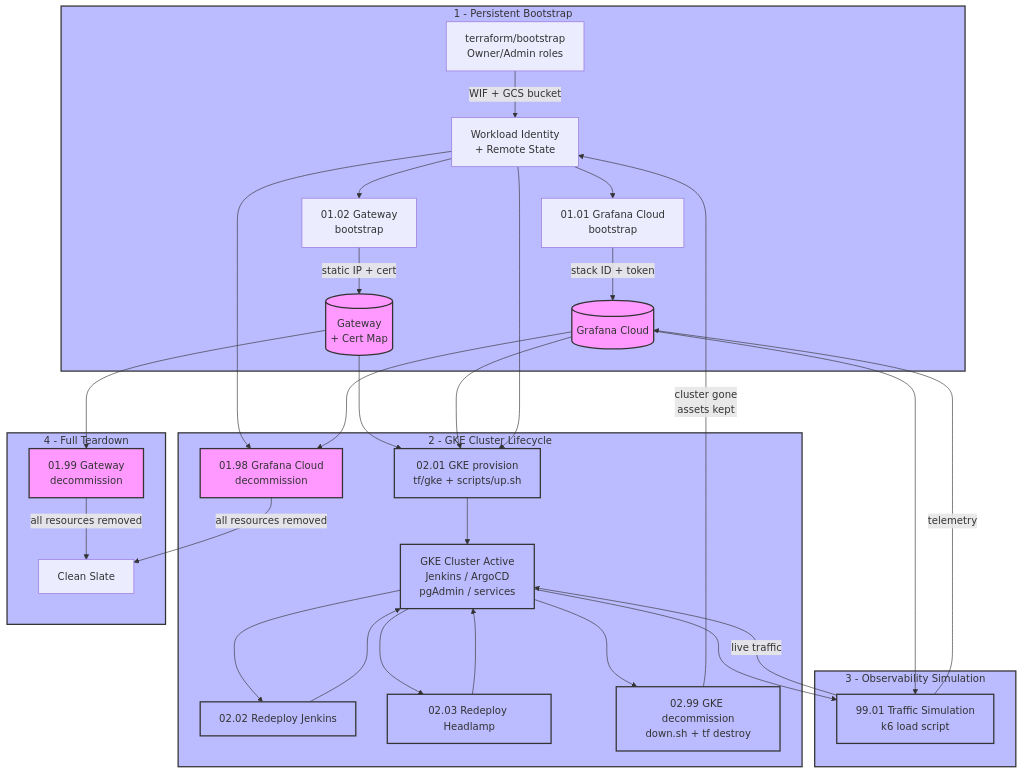
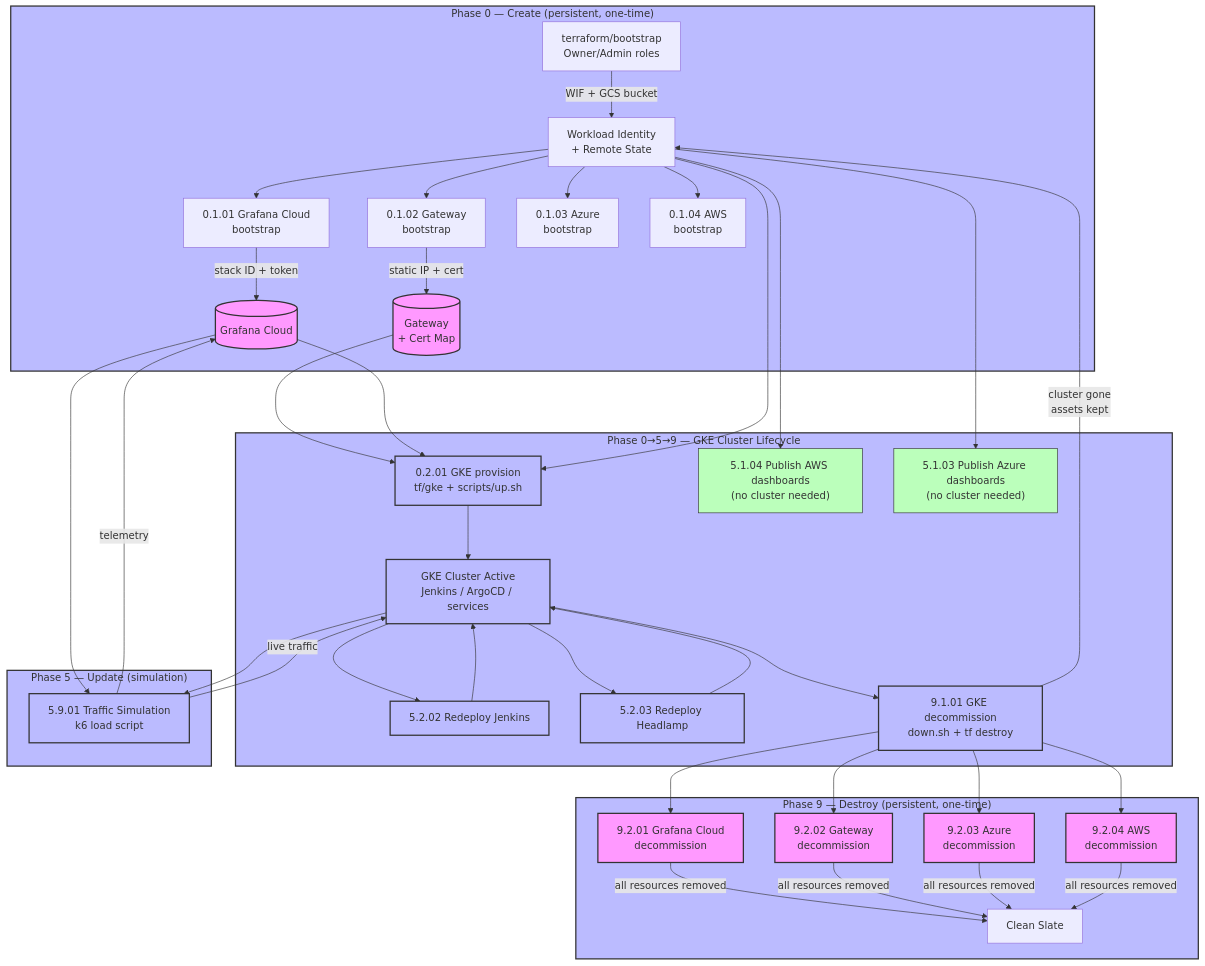
One commit to nubenetes/jenkins-2026 changed diagram 14 of 16 in README.md. Above: the diagram before and after it, drawn with Mermaid. The commit also changed other lines of this file and 17 other files, not shown here.

First line of the commit message:
refactor(ci): redesign workflow naming CC.NN → Y.X.ZZ + publish-azure-dashboards

````diff
--- a/README.md
+++ b/README.md
@@ -2307,39 +2419,45 @@
 ```mermaid
 graph TD
-    subgraph Bootstrapping ["1 - Persistent Bootstrap"]
+    subgraph Bootstrapping ["Phase 0 — Create (persistent, one-time)"]
         A["terraform/bootstrap<br>Owner/Admin roles"] -->|"WIF + GCS bucket"| B["Workload Identity<br>+ Remote State"]
-        B --> C["01.01 Grafana Cloud<br>bootstrap"]
-        B --> D["01.02 Gateway<br>bootstrap"]
+        B --> C["0.1.01 Grafana Cloud<br>bootstrap"]
+        B --> D["0.1.02 Gateway<br>bootstrap"]
+        B --> C2["0.1.03 Azure<br>bootstrap"]
+        B --> C3["0.1.04 AWS<br>bootstrap"]
         C -->|"stack ID + token"| E[("Grafana Cloud")]
         D -->|"static IP + cert"| F[("Gateway<br>+ Cert Map")]
     end
 
-    subgraph GKE_Lifecycle ["2 - GKE Cluster Lifecycle"]
-        F & E & B --> G["02.01 GKE provision<br>tf/gke + scripts/up.sh"]
-        G --> H["GKE Cluster Active<br>Jenkins / ArgoCD<br>pgAdmin / services"]
-        H --> I["02.02 Redeploy Jenkins"]
-        H --> J["02.03 Redeploy Headlamp"]
-        B --> L["02.04 Publish AWS dashboards<br>(no cluster needed)"]
+    subgraph GKE_Lifecycle ["Phase 0→5→9 — GKE Cluster Lifecycle"]
+        F & E & B --> G["0.2.01 GKE provision<br>tf/gke + scripts/up.sh"]
+        G --> H["GKE Cluster Active<br>Jenkins / ArgoCD / services"]
+        H --> I["5.2.02 Redeploy Jenkins"]
+        H --> J["5.2.03 Redeploy Headlamp"]
+        B --> L2["5.1.04 Publish AWS dashboards<br>(no cluster needed)"]
+        B --> M2["5.1.03 Publish Azure dashboards<br>(no cluster needed)"]
         I & J --> H
-        H --> K["02.99 GKE decommission<br>down.sh + tf destroy"]
+        H --> K["9.1.01 GKE decommission<br>down.sh + tf destroy"]
         K -->|"cluster gone<br>assets kept"| B
     end
 
-    subgraph Simulation ["3 - Observability Simulation"]
-        H & E --> O["99.01 Traffic Simulation<br>k6 load script"]
+    subgraph Simulation ["Phase 5 — Update (simulation)"]
+        H & E --> O["5.9.01 Traffic Simulation<br>k6 load script"]
         O -->|"live traffic"| H
         O -->|"telemetry"| E
     end
 
-    subgraph Persistent_Teardown ["4 - Full Teardown"]
-        E --> L["01.98 Grafana Cloud<br>decommission"]
-        F --> M["01.99 Gateway<br>decommission"]
-        L & M -->|"all resources removed"| N["Clean Slate"]
+    subgraph Persistent_Teardown ["Phase 9 — Destroy (persistent, one-time)"]
+        K --> P1["9.2.01 Grafana Cloud<br>decommission"]
+        K --> P2["9.2.02 Gateway<br>decommission"]
+        K --> P3["9.2.03 Azure<br>decommission"]
+        K --> P4["9.2.04 AWS<br>decommission"]
+        P1 & P2 & P3 & P4 -->|"all resources removed"| N["Clean Slate"]
     end
 
     classDef persistent fill:#f9f,stroke:#333,stroke-width:2px;
     classDef cluster fill:#bbf,stroke:#333,stroke-width:2px;
-    classDef process fill:#fff,stroke:#333,stroke-width:1px;
-    class E,F,L,M persistent;
+    classDef update fill:#bfb,stroke:#333,stroke-width:1px;
+    class E,F,P1,P2,P3,P4 persistent;
     class G,H,I,J,K,O cluster;
+    class L2,M2 update;
 ```
````
